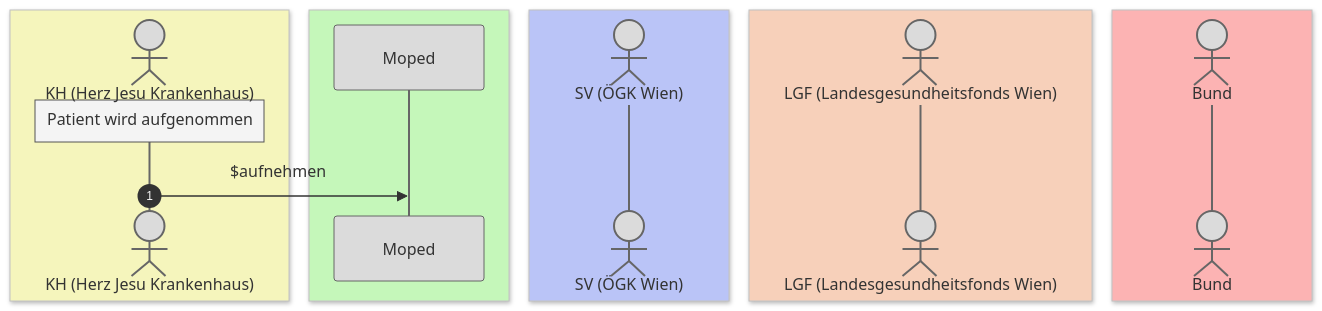
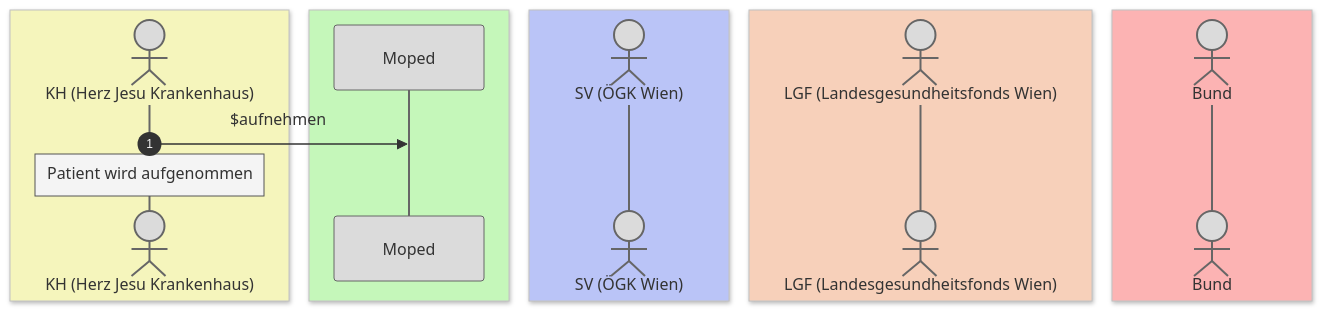
Before and after one commit to HL7Austria/ELGA-MOPED-R5: the diagram in input/pagecontent/AF2.md, drawn with Mermaid. The commit also changed 5 other files, not shown here.

```diff
--- a/input/pagecontent/AF2.md
+++ b/input/pagecontent/AF2.md
@@ -31,33 +31,32 @@
 <pre class="mermaid">
     ---
     config:
       theme: 'base'
       themeVariables:
         primaryColor: '#dbdbdb'         
         actorBorder: '#666'
         noteBkgColor: '#f4f4f4'
         noteBorderColor: '#555'
     ---
     sequenceDiagram
     autonumber
     box rgb(245, 245, 188)
     actor KH as KH (Herz Jesu Krankenhaus)
     end
     box rgb(197, 247, 186)
     participant MP as Moped
     end
     box rgb(186, 196, 247)
     actor SV as SV (ÖGK Wien)
     end
     box rgb(247, 208, 186)
     actor LGF as LGF (Landesgesundheitsfonds Wien)
     end
     box rgb(252, 179, 179) 
     actor Bund as Bund 
     end
 
-
+    KH ->> MP: $aufnehmen
     Note over KH: Patient wird aufgenommen
-    KH ->> MP: $aufnehmen
 
 </pre>
```
